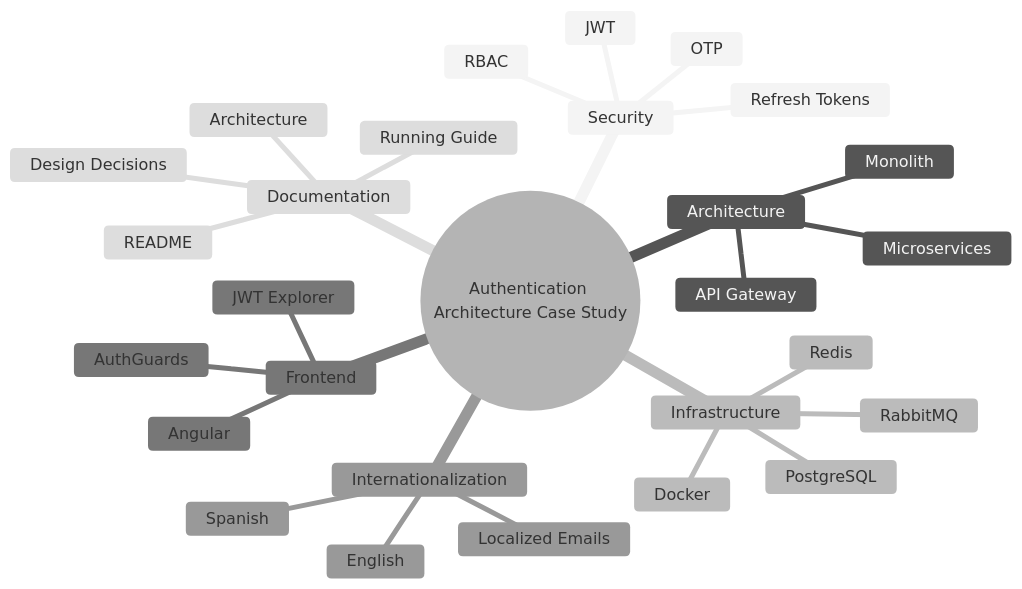
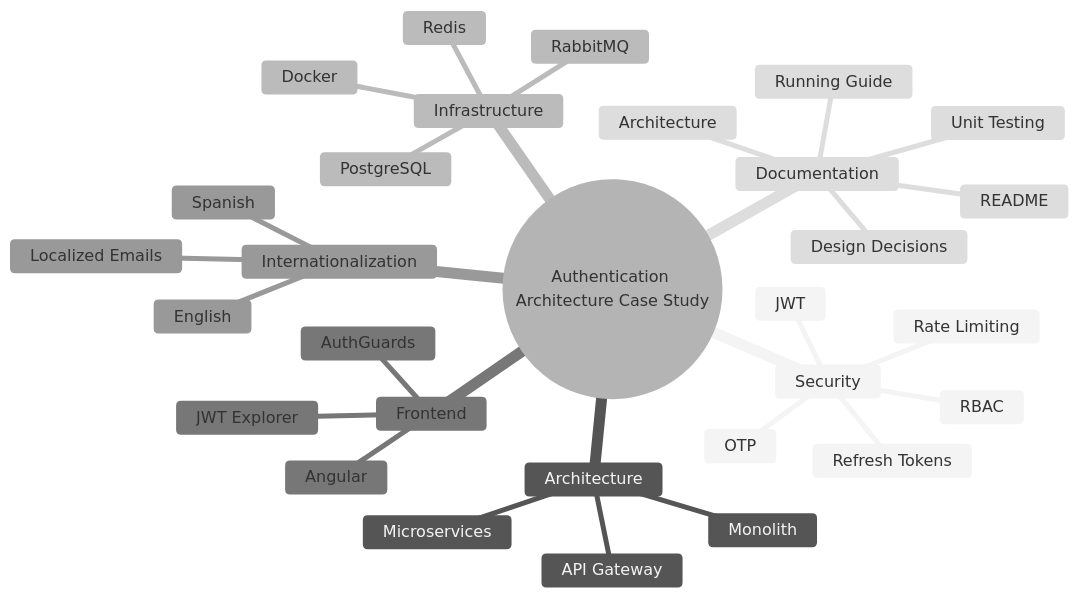
The eighth of 8 diagrams in authentication-architecture-case-study/DESIGNDECISIONS.md (migueval/software-engineering), drawn with Mermaid (neutral theme) before and after one commit. The commit also changed other lines of this file and 11 other files, not shown here.

Commit message:
feat: Implement Rate Limiting security mitigations and Jest unit tests

````diff
--- a/authentication-architecture-case-study/DESIGNDECISIONS.md
+++ b/authentication-architecture-case-study/DESIGNDECISIONS.md
@@ -699,37 +699,39 @@
 ```mermaid
 mindmap
   root((Authentication Architecture Case Study))
 
     Security
       JWT
       OTP
       RBAC
       Refresh Tokens
+      Rate Limiting
 
     Architecture
       Monolith
       Microservices
       API Gateway
 
     Infrastructure
       PostgreSQL
       Redis
       RabbitMQ
       Docker
 
     Frontend
       Angular
       AuthGuards
       JWT Explorer
 
     Internationalization
       Spanish
       English
       Localized Emails
 
     Documentation
       README
       Architecture
       Running Guide
       Design Decisions
+      Unit Testing
 ```
````
